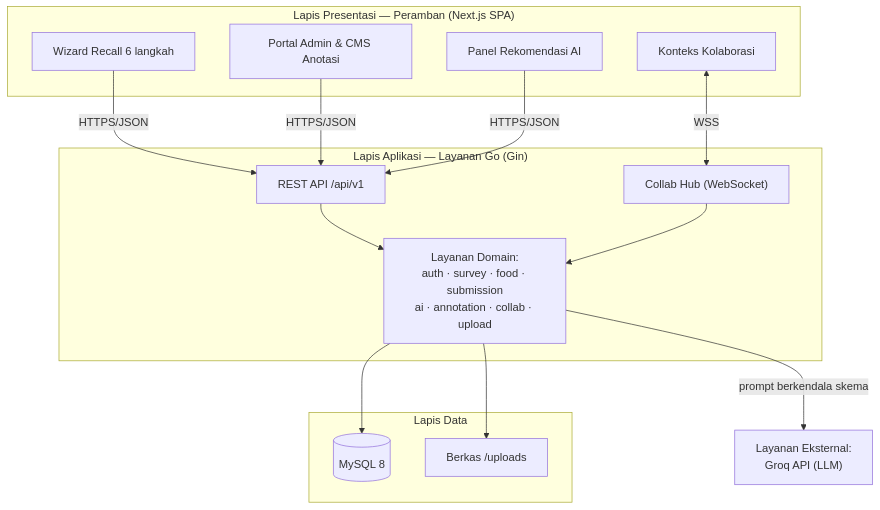
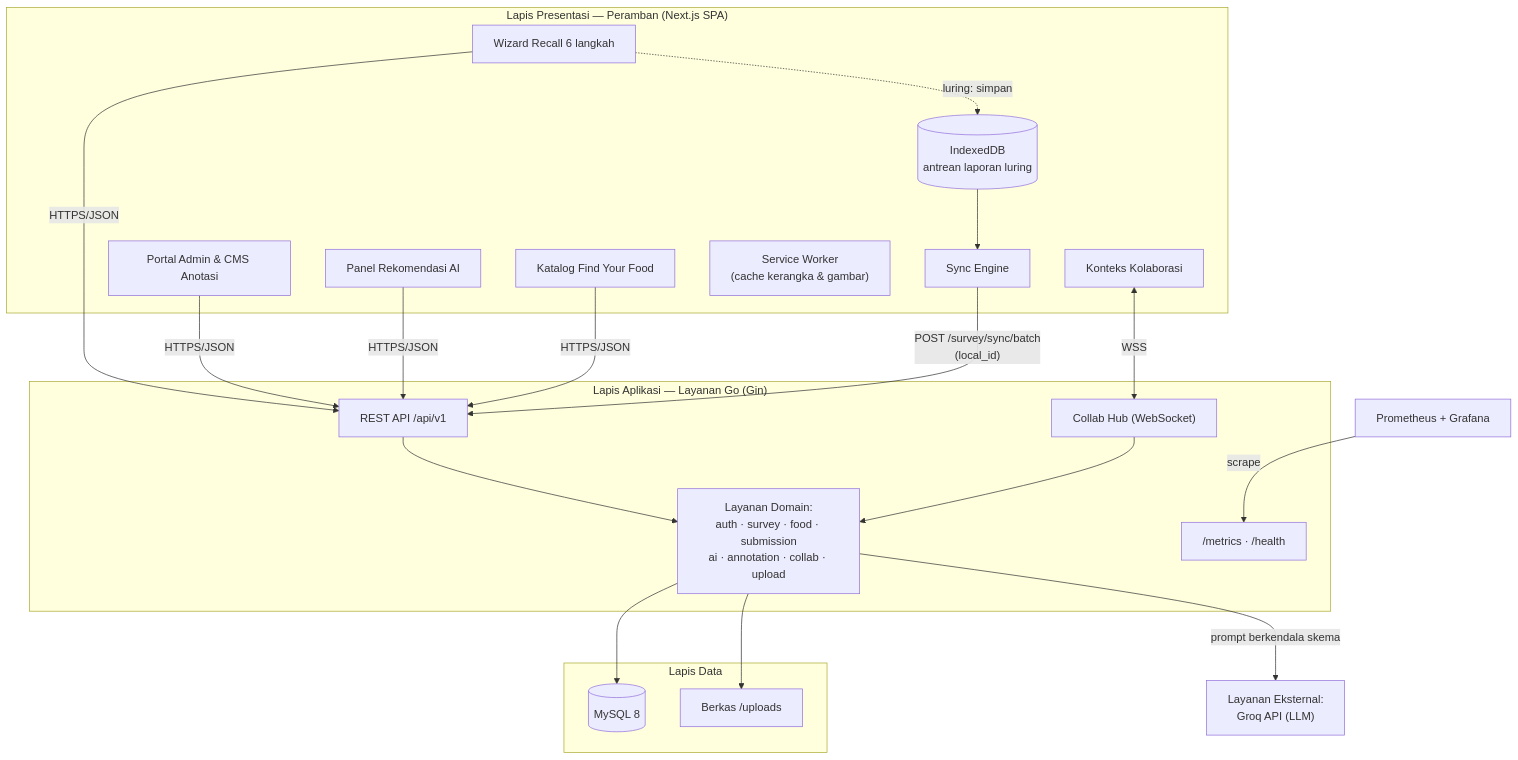
The second of 13 diagrams in docs/Skripsi_Atlas_Food_Bab_1-5.md (Babyhex7/atlas_food_frontend), drawn with Mermaid before and after one commit. The commit also changed other lines of this file and 1 other file, not shown here.

````diff
--- a/docs/Skripsi_Atlas_Food_Bab_1-5.md
+++ b/docs/Skripsi_Atlas_Food_Bab_1-5.md
@@ -560,30 +626,40 @@
 ```mermaid
 flowchart TB
     subgraph Klien["Lapis Presentasi — Peramban (Next.js SPA)"]
         RW["Wizard Recall 6 langkah"]
         CS["Konteks Kolaborasi"]
         AIP["Panel Rekomendasi AI"]
         ADM["Portal Admin & CMS Anotasi"]
+        FYF["Katalog Find Your Food"]
+        SW["Service Worker<br/>(cache kerangka & gambar)"]
+        IDB[("IndexedDB<br/>antrean laporan luring")]
+        SYNC["Sync Engine"]
     end
 
     subgraph Server["Lapis Aplikasi — Layanan Go (Gin)"]
         REST["REST API /api/v1"]
         HUB["Collab Hub (WebSocket)"]
         SVC["Layanan Domain:<br/>auth · survey · food · submission<br/>ai · annotation · collab · upload"]
+        MET["/metrics · /health"]
     end
 
     subgraph Data["Lapis Data"]
         DB[("MySQL 8")]
         FS["Berkas /uploads"]
     end
 
     GROQ["Layanan Eksternal:<br/>Groq API (LLM)"]
+    MON["Prometheus + Grafana"]
 
-    RW & ADM & AIP -->|HTTPS/JSON| REST
+    RW & ADM & AIP & FYF -->|HTTPS/JSON| REST
+    RW -.->|luring: simpan| IDB
+    IDB --> SYNC
+    SYNC -->|"POST /survey/sync/batch<br/>(local_id)"| REST
     CS <-->|WSS| HUB
     REST --> SVC
     HUB --> SVC
     SVC --> DB
     SVC --> FS
     SVC -->|prompt berkendala skema| GROQ
+    MON -->|scrape| MET
 ```
````
